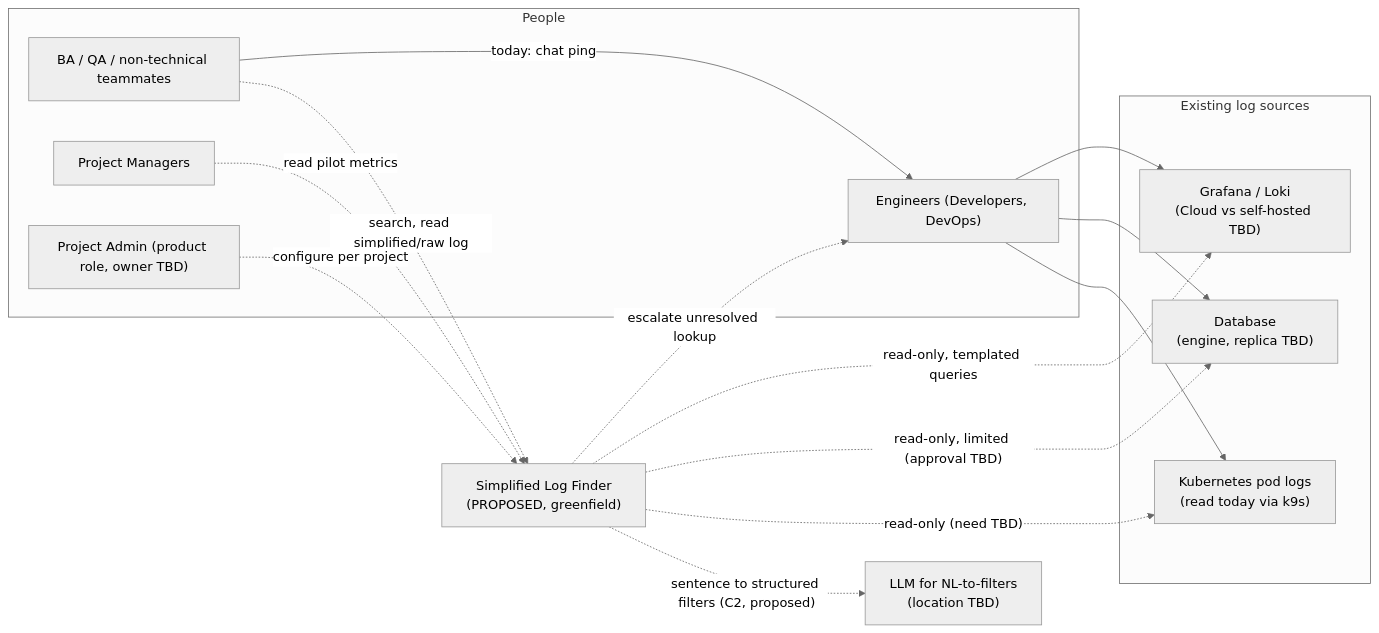
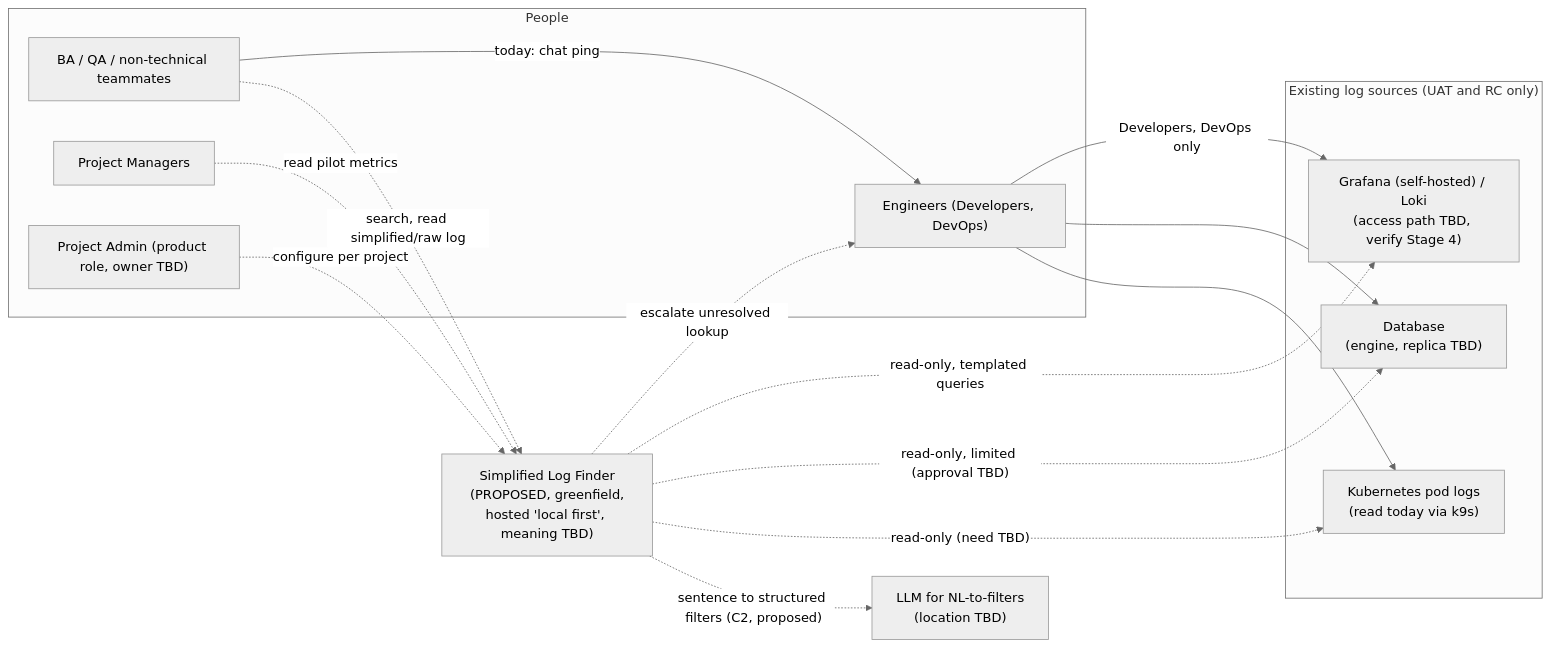
Before and after one commit to yosia-sfi/simplified-log-finder: the diagram in aidlc-docs/inception/system-context.md, drawn with Mermaid (neutral theme). The commit also changed other lines of this file and 6 other files, not shown here.

````diff
--- a/aidlc-docs/inception/system-context.md
+++ b/aidlc-docs/inception/system-context.md
@@ -69,33 +73,33 @@
 ```mermaid
 flowchart LR
     subgraph Users["People"]
         BAQA["BA / QA / non-technical teammates"]
         ENG["Engineers (Developers, DevOps)"]
         PM["Project Managers"]
         ADMIN["Project Admin (product role, owner TBD)"]
     end
 
-    FINDER["Simplified Log Finder<br/>(PROPOSED, greenfield)"]
+    FINDER["Simplified Log Finder<br/>(PROPOSED, greenfield,<br/>hosted 'local first', meaning TBD)"]
 
-    subgraph Existing["Existing log sources"]
-        LOKI["Grafana / Loki<br/>(Cloud vs self-hosted TBD)"]
+    subgraph Existing["Existing log sources (UAT and RC only)"]
+        LOKI["Grafana (self-hosted) / Loki<br/>(access path TBD, verify Stage 4)"]
         DB["Database<br/>(engine, replica TBD)"]
         K8S["Kubernetes pod logs<br/>(read today via k9s)"]
     end
 
     LLM["LLM for NL-to-filters<br/>(location TBD)"]
 
     BAQA -- "today: chat ping" --> ENG
-    ENG --> LOKI
+    ENG -- "Developers, DevOps only" --> LOKI
     ENG --> DB
     ENG --> K8S
 
     BAQA -. "search, read simplified/raw log" .-> FINDER
     ADMIN -. "configure per project" .-> FINDER
     PM -. "read pilot metrics" .-> FINDER
     FINDER -. "escalate unresolved lookup" .-> ENG
     FINDER -. "read-only, templated queries" .-> LOKI
     FINDER -. "read-only, limited (approval TBD)" .-> DB
     FINDER -. "read-only (need TBD)" .-> K8S
     FINDER -. "sentence to structured filters (C2, proposed)" .-> LLM
 ```
````
